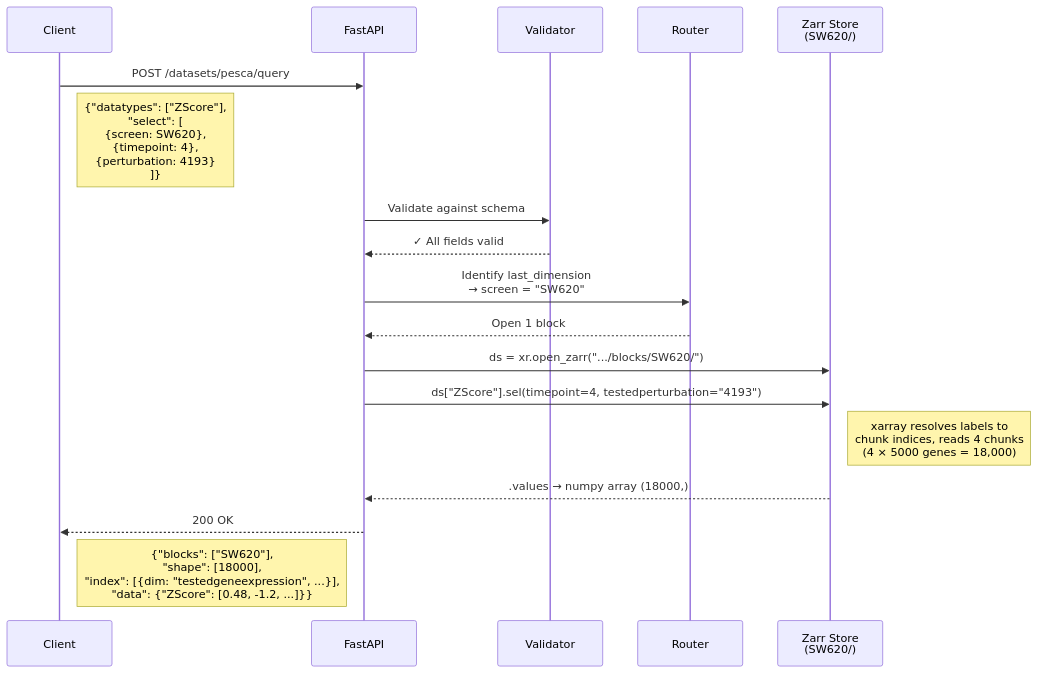
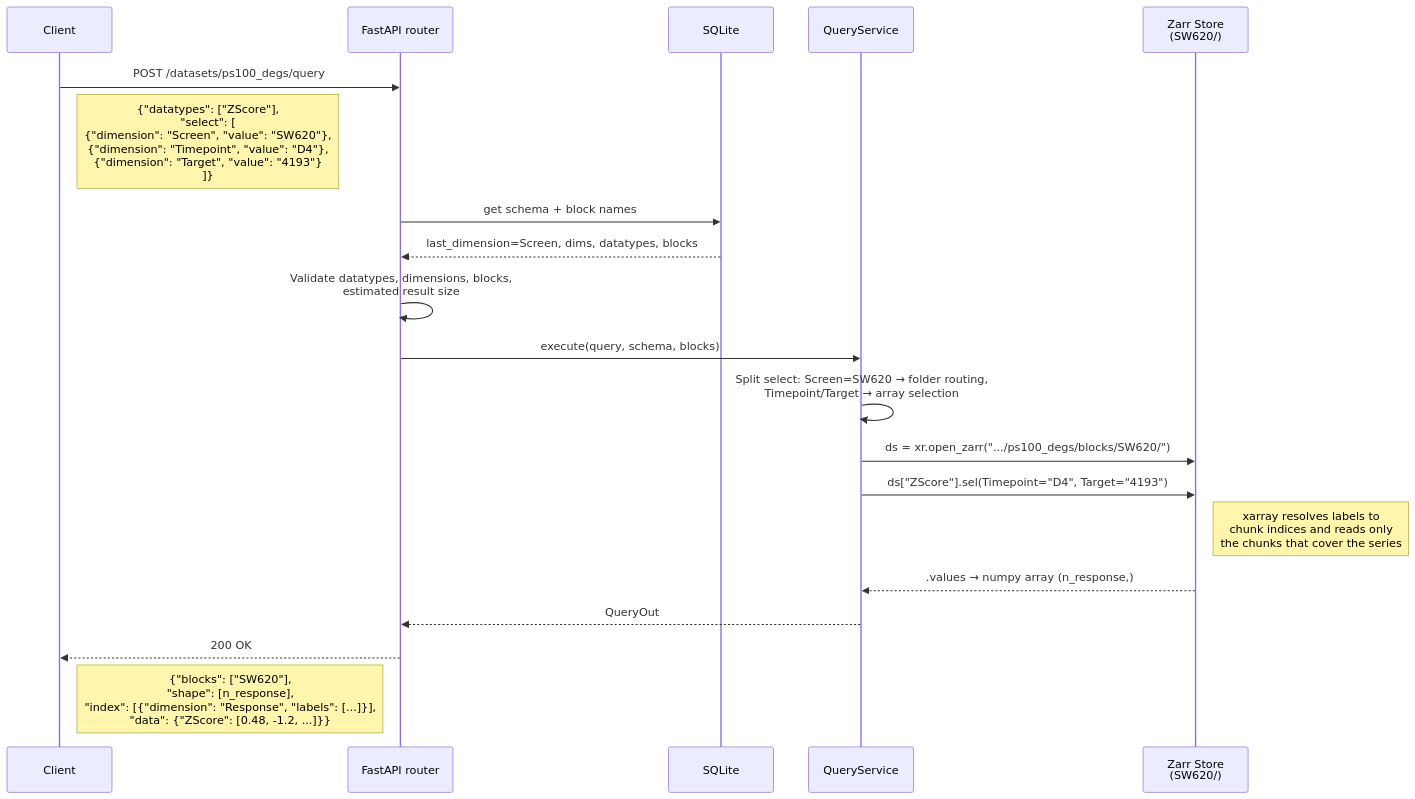
One commit to broadinstitute/cheesemonger changed the second of 5 diagrams in docs/architecture_diagram.md. Above: the diagram before and after it, drawn with Mermaid. The commit also changed other lines of this file and 26 other files, not shown here.

````diff
--- a/docs/architecture_diagram.md
+++ b/docs/architecture_diagram.md
@@ -99,25 +131,26 @@
 ```mermaid
 sequenceDiagram
     participant C as Client
-    participant A as FastAPI
-    participant V as Validator
-    participant R as Router
+    participant A as FastAPI router
+    participant DB as SQLite
+    participant Q as QueryService
     participant Z as Zarr Store<br/>(SW620/)
 
-    C->>A: POST /datasets/pesca/query
-    Note right of C: {"datatypes": ["ZScore"],<br/>"select": [<br/>  {screen: SW620},<br/>  {timepoint: 4},<br/>  {perturbation: 4193}<br/>]}
+    C->>A: POST /datasets/ps100_degs/query
+    Note right of C: {"datatypes": ["ZScore"],<br/>"select": [<br/>  {"dimension": "Screen", "value": "SW620"},<br/>  {"dimension": "Timepoint", "value": "D4"},<br/>  {"dimension": "Target", "value": "4193"}<br/>]}
 
-    A->>V: Validate against schema
-    V-->>A: ✓ All fields valid
+    A->>DB: get schema + block names
+    DB-->>A: last_dimension=Screen, dims, datatypes, blocks
+    A->>A: Validate datatypes, dimensions, blocks,<br/>estimated result size
 
-    A->>R: Identify last_dimension<br/>→ screen = "SW620"
-    R-->>A: Open 1 block
+    A->>Q: execute(query, schema, blocks)
+    Q->>Q: Split select: Screen=SW620 → folder routing,<br/>Timepoint/Target → array selection
+    Q->>Z: ds = xr.open_zarr(".../ps100_degs/blocks/SW620/")
+    Q->>Z: ds["ZScore"].sel(Timepoint="D4", Target="4193")
+    Note right of Z: xarray resolves labels to<br/>chunk indices and reads only<br/>the chunks that cover the series
+    Z-->>Q: .values → numpy array (n_response,)
 
-    A->>Z: ds = xr.open_zarr(".../blocks/SW620/")
-    A->>Z: ds["ZScore"].sel(timepoint=4, testedperturbation="4193")
-    Note right of Z: xarray resolves labels to<br/>chunk indices, reads 4 chunks<br/>(4 × 5000 genes = 18,000)
-    Z-->>A: .values → numpy array (18000,)
-
+    Q-->>A: QueryOut
     A-->>C: 200 OK
-    Note left of A: {"blocks": ["SW620"],<br/>"shape": [18000],<br/>"index": [{dim: "testedgeneexpression", ...}],<br/>"data": {"ZScore": [0.48, -1.2, ...]}}
+    Note left of A: {"blocks": ["SW620"],<br/>"shape": [n_response],<br/>"index": [{"dimension": "Response", "labels": [...]}],<br/>"data": {"ZScore": [0.48, -1.2, ...]}}
 ```
````
